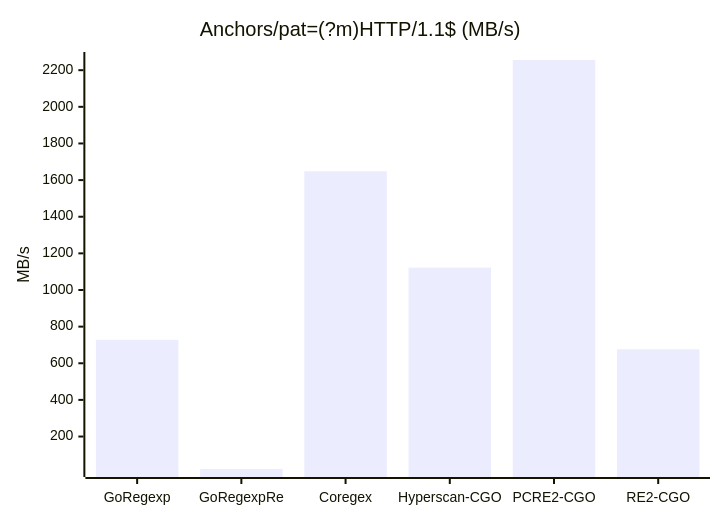
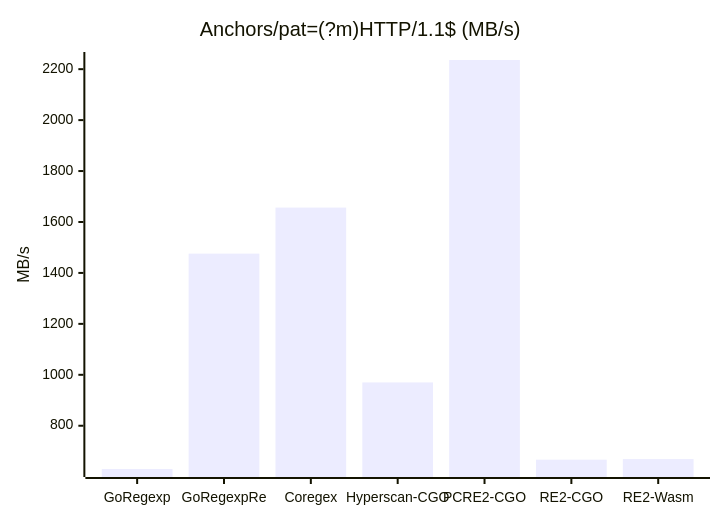
Before and after one commit to kamichidu/go-regexp-re: the first of 47 diagrams in _benchmark_results/cgo_engines.md, drawn with Mermaid. The commit also changed other lines of this file and 1 other file, not shown here.

````diff
--- a/_benchmark_results/cgo_engines.md
+++ b/_benchmark_results/cgo_engines.md
@@ -106,7 +106,7 @@
 ```mermaid
 xychart-beta
     title "Anchors/pat=(?m)HTTP/1.1$ (MB/s)"
-    x-axis ["GoRegexp", "GoRegexpRe", "Coregex", "Hyperscan-CGO", "PCRE2-CGO", "RE2-CGO"]
+    x-axis ["GoRegexp", "GoRegexpRe", "Coregex", "Hyperscan-CGO", "PCRE2-CGO", "RE2-CGO", "RE2-Wasm"]
     y-axis "MB/s"
-    bar [728.09, 22.79, 1648.28, 1122.06, 2255.62, 676.09]
+    bar [630.16, 1475.70, 1656.56, 969.98, 2236.01, 666.83, 669.14]
 ```
````
